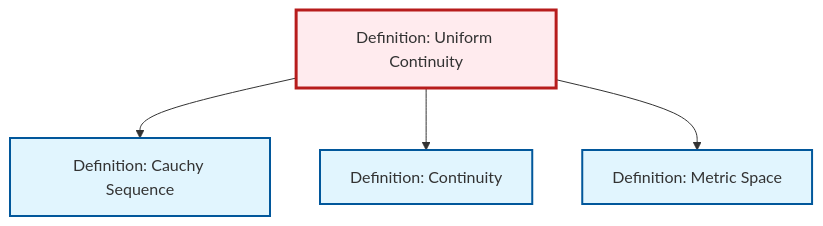
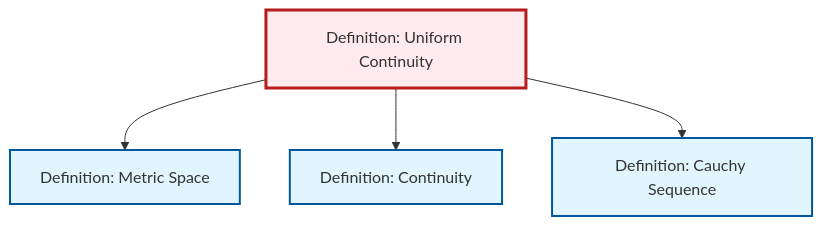
One commit to RK0429/ModernMath changed the diagram in content/en/analysis/def-uniform-continuity.qmd. Above: the diagram before and after it, drawn with Mermaid. The commit also changed other lines of this file and 1069 other files, not shown here.

````diff
--- a/content/en/analysis/def-uniform-continuity.qmd
+++ b/content/en/analysis/def-uniform-continuity.qmd
@@ -69,20 +69,20 @@
 ```{mermaid}
 %%| fig-cap: "Local dependency graph"
 graph TD
     classDef definition fill:#e1f5fe,stroke:#01579b,stroke-width:2px
     classDef theorem fill:#f3e5f5,stroke:#4a148c,stroke-width:2px
     classDef axiom fill:#fff3e0,stroke:#e65100,stroke-width:2px
     classDef example fill:#e8f5e9,stroke:#1b5e20,stroke-width:2px
     classDef current fill:#ffebee,stroke:#b71c1c,stroke-width:3px
+    def-metric-space["Definition: Metric Space"]:::definition
+    def-cauchy-sequence["Definition: Cauchy Sequence"]:::definition
     def-uniform-continuity["Definition: Uniform Continuity"]:::definition
     def-continuity["Definition: Continuity"]:::definition
-    def-metric-space["Definition: Metric Space"]:::definition
-    def-cauchy-sequence["Definition: Cauchy Sequence"]:::definition
+    def-uniform-continuity --> def-metric-space
+    def-uniform-continuity --> def-continuity
     def-uniform-continuity --> def-cauchy-sequence
-    def-uniform-continuity --> def-continuity
-    def-uniform-continuity --> def-metric-space
     class def-uniform-continuity current
-    click def-continuity "def-continuity.html" "Go to Continuity definition"
     click def-metric-space "def-metric-space.html" "Go to Metric Space definition"
     click def-cauchy-sequence "def-cauchy-sequence.html" "Go to Cauchy Sequence definition"
+    click def-continuity "def-continuity.html" "Go to Continuity definition"
 ```
````
